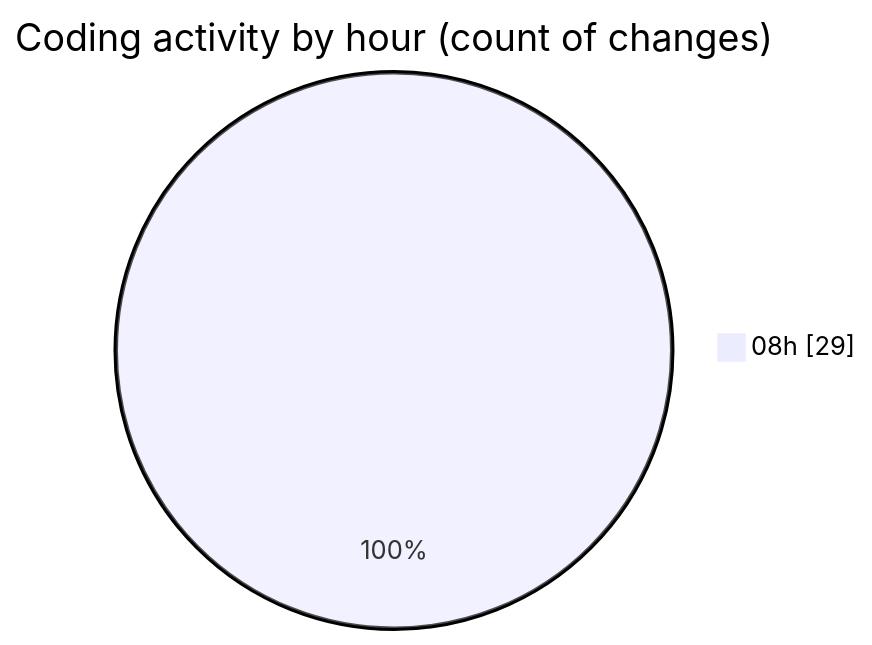
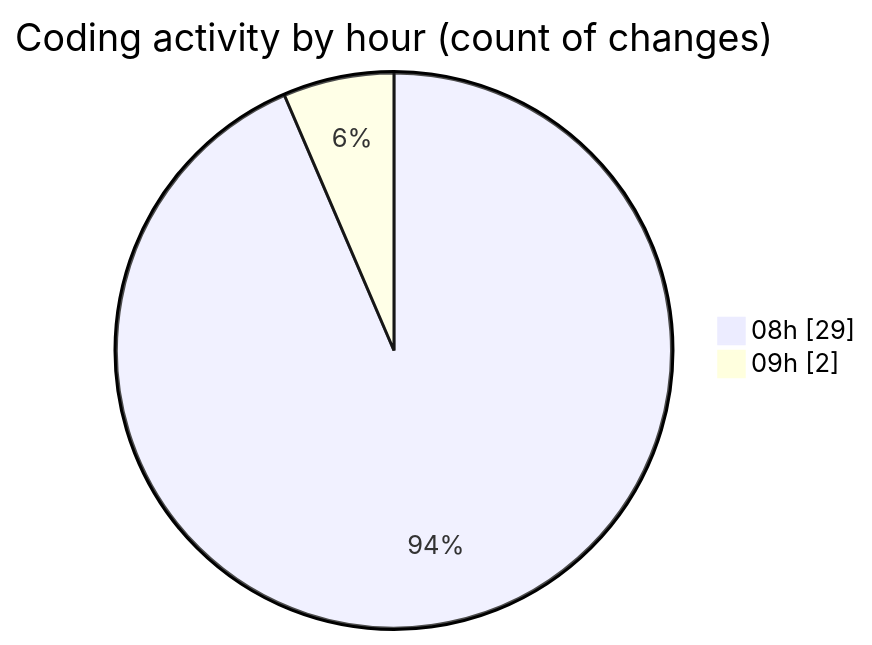
One commit to momahboobian/code-tracking changed the second of 2 diagrams in 2025-04-09/cda/README.md. Above: the diagram before and after it, drawn with Mermaid. The commit also changed other lines of this file and 1 other file, not shown here.

````diff
--- a/2025-04-09/cda/README.md
+++ b/2025-04-09/cda/README.md
@@ -31,5 +33,6 @@
 ```mermaid
 pie showData
 title Coding activity by hour (count of changes)
 "08h" : 29
+"09h" : 2
 ```
````
